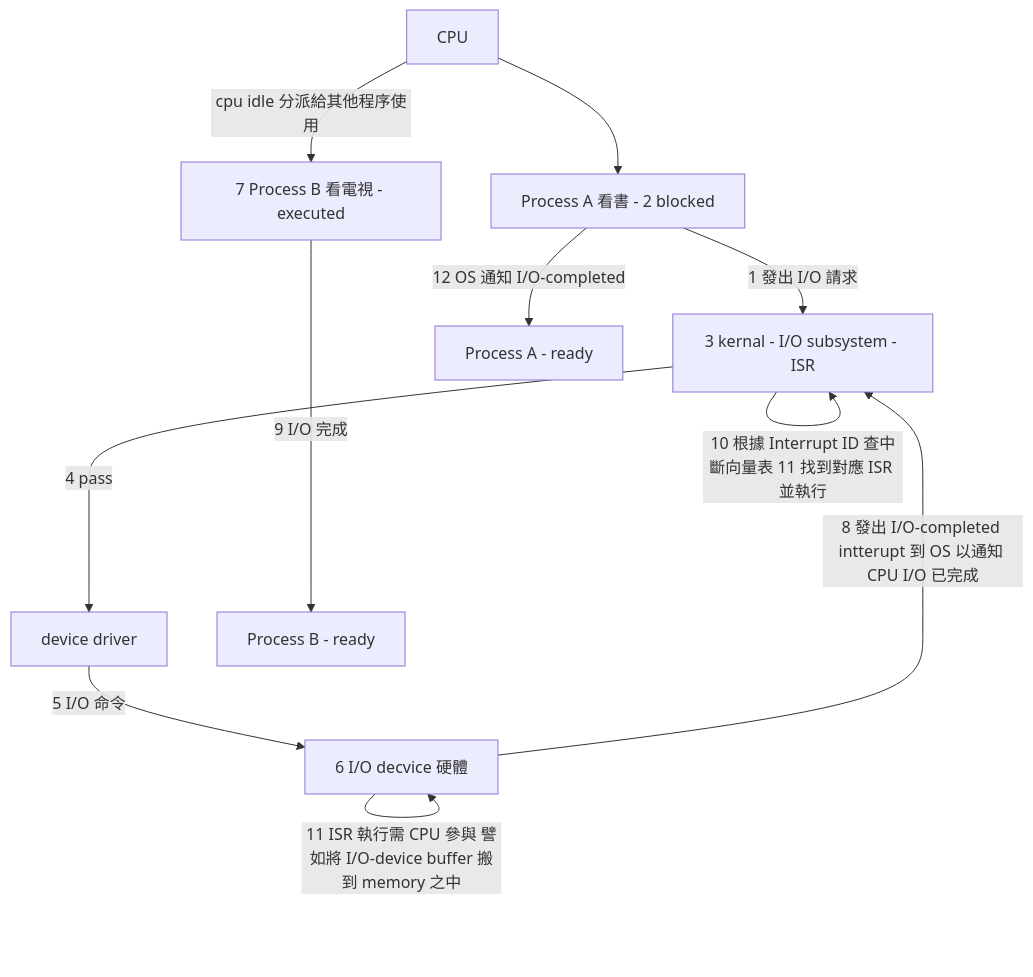
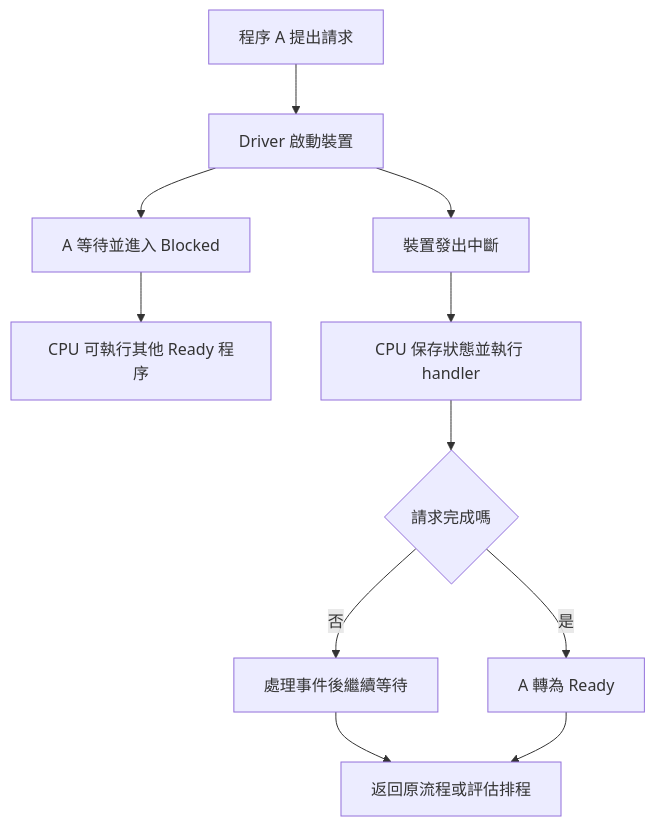
The third of 6 diagrams in content/posts/2022/0drops.2022.0914-[Ch2Ch3]IO、OS 架構、VM.md (kiwijang/kiwijang.github.io), drawn with Mermaid before and after one commit. The commit also changed other lines of this file and 14 other files, not shown here.

Commit message:
Add nested topic sections and VHDL course notes with readable diagrams

````diff
--- a/content/posts/2022/0drops.2022.0914-[Ch2Ch3]IO、OS 架構、VM.md
+++ b/content/posts/2022/0drops.2022.0914-[Ch2Ch3]IO、OS 架構、VM.md
@@ -78,13 +93,13 @@
 ```mermaid
 flowchart TD
-    A[CPU] -->|cpu idle 分派給其他程序使用| E[7 Process B 看電視 - executed]
-    A[CPU] --> B
-    B[Process A 看書 - 2 blocked] -->|1 發出 I/O 請求| C
-    C[3 kernal - I/O subsystem - ISR] -->|4 pass| D
-    D[device driver] -->|5 I/O 命令| F[6 I/O decvice 硬體]
-    F ---->|8 發出 I/O-completed intterupt 到 OS 以通知 CPU I/O 已完成| C
-    E ---->|9 I/O 完成| G[Process B - ready]
-    C -->|10 根據 Interrupt ID 查中斷向量表 11 找到對應 ISR 並執行| C
-    F -->|11 ISR 執行需 CPU 參與 譬如將 I/O-device buffer 搬到 memory 之中| F
-    B -->|12 OS 通知 I/O-completed| H[Process A - ready]
+    A[程序 A 提出請求] --> B[Driver 啟動裝置]
+    B --> C[A 等待並進入 Blocked]
+    C --> D[CPU 可執行其他 Ready 程序]
+    B --> E[裝置發出中斷]
+    E --> F[CPU 保存狀態並執行 handler]
+    F --> G{請求完成嗎}
+    G -->|否| H[處理事件後繼續等待]
+    G -->|是| I[A 轉為 Ready]
+    H --> J[返回原流程或評估排程]
+    I --> J
 ```
````
